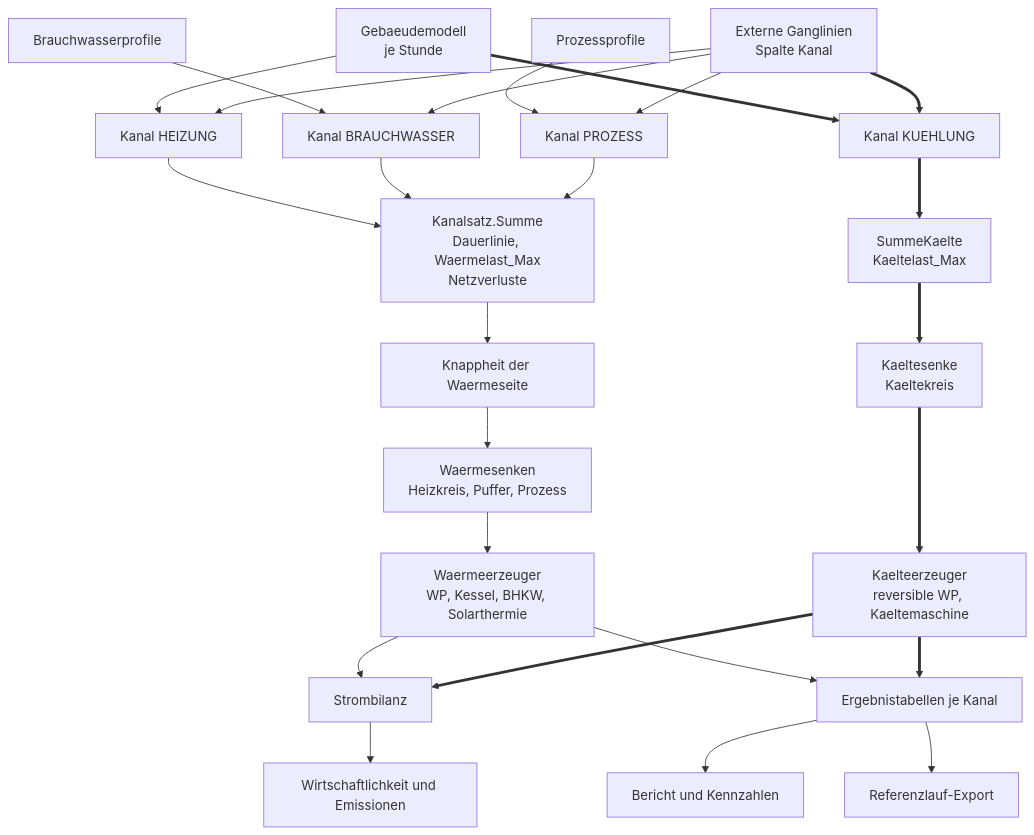
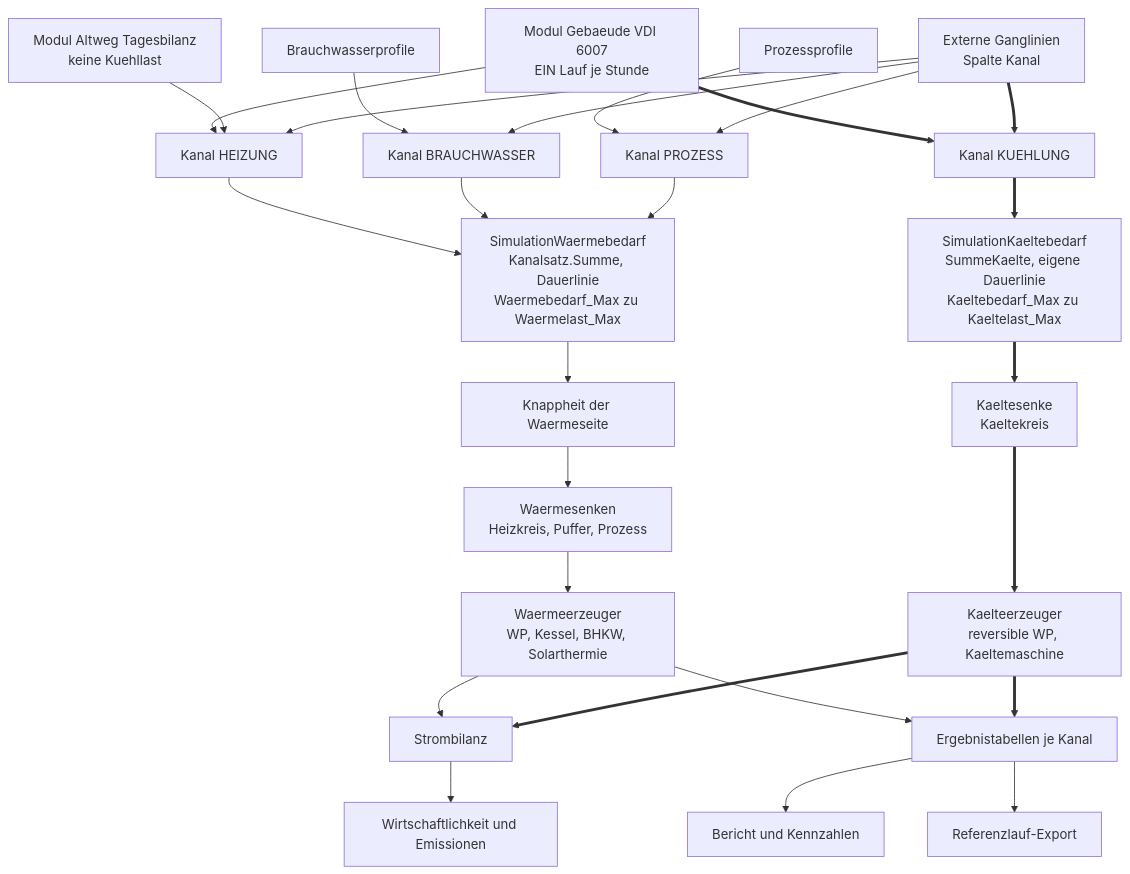
One commit to inekon/EPOS-Plan changed the second of 4 diagrams in Dokumentation/aktuell/Konzept_Kuehlung_Gebaeudesimulation_EPOS-Plan.md. Above: the diagram before and after it, drawn with Mermaid. The commit also changed other lines of this file and 13 other files, not shown here.

````diff
--- a/Dokumentation/aktuell/Konzept_Kuehlung_Gebaeudesimulation_EPOS-Plan.md
+++ b/Dokumentation/aktuell/Konzept_Kuehlung_Gebaeudesimulation_EPOS-Plan.md
@@ -546,30 +657,31 @@
 ```mermaid
 flowchart TD
-    GEB["Gebaeudemodell<br/>je Stunde"] --> KH["Kanal HEIZUNG"]
+    GEB["Modul Gebaeude VDI 6007<br/>EIN Lauf je Stunde"] --> KH["Kanal HEIZUNG"]
     GEB ==> KK["Kanal KUEHLUNG"]
+    ALT["Modul Altweg Tagesbilanz<br/>keine Kuehllast"] --> KH
     BWP["Brauchwasserprofile"] --> KB["Kanal BRAUCHWASSER"]
     PWP["Prozessprofile"] --> KP["Kanal PROZESS"]
     EXT["Externe Ganglinien<br/>Spalte Kanal"] --> KH
     EXT --> KB
     EXT --> KP
     EXT ==> KK
 
-    KH --> WS["Kanalsatz.Summe<br/>Dauerlinie, Waermelast_Max<br/>Netzverluste"]
+    KH --> WS["SimulationWaermebedarf<br/>Kanalsatz.Summe, Dauerlinie<br/>Waermebedarf_Max zu Waermelast_Max"]
     KB --> WS
     KP --> WS
-    KK ==> KS["SummeKaelte<br/>Kaeltelast_Max"]
+    KK ==> KS["SimulationKaeltebedarf<br/>SummeKaelte, eigene Dauerlinie<br/>Kaeltebedarf_Max zu Kaeltelast_Max"]
 
     WS --> WKN["Knappheit der Waermeseite"]
     WKN --> WSE["Waermesenken<br/>Heizkreis, Puffer, Prozess"]
     WSE --> WEZ["Waermeerzeuger<br/>WP, Kessel, BHKW, Solarthermie"]
     KS ==> KSE["Kaeltesenke<br/>Kaeltekreis"]
     KSE ==> KEZ["Kaelteerzeuger<br/>reversible WP, Kaeltemaschine"]
 
     WEZ --> STR["Strombilanz"]
     KEZ ==> STR
     STR --> WIR["Wirtschaftlichkeit und Emissionen"]
     WEZ --> ERG["Ergebnistabellen je Kanal"]
     KEZ ==> ERG
     ERG --> BER["Bericht und Kennzahlen"]
     ERG --> REF["Referenzlauf-Export"]
 ```
````
